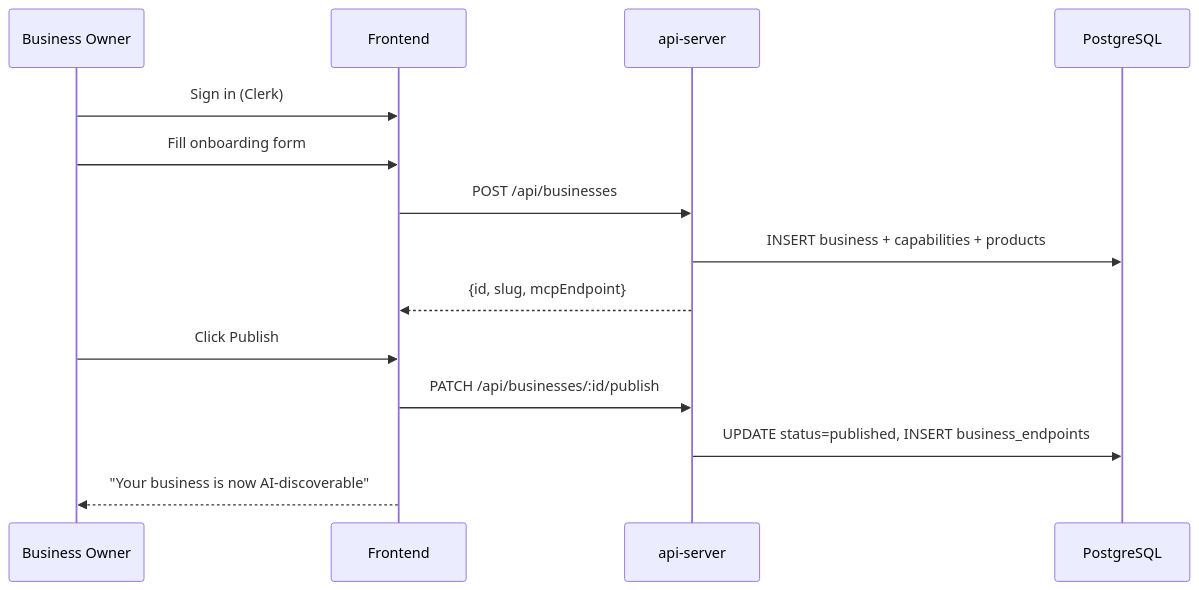
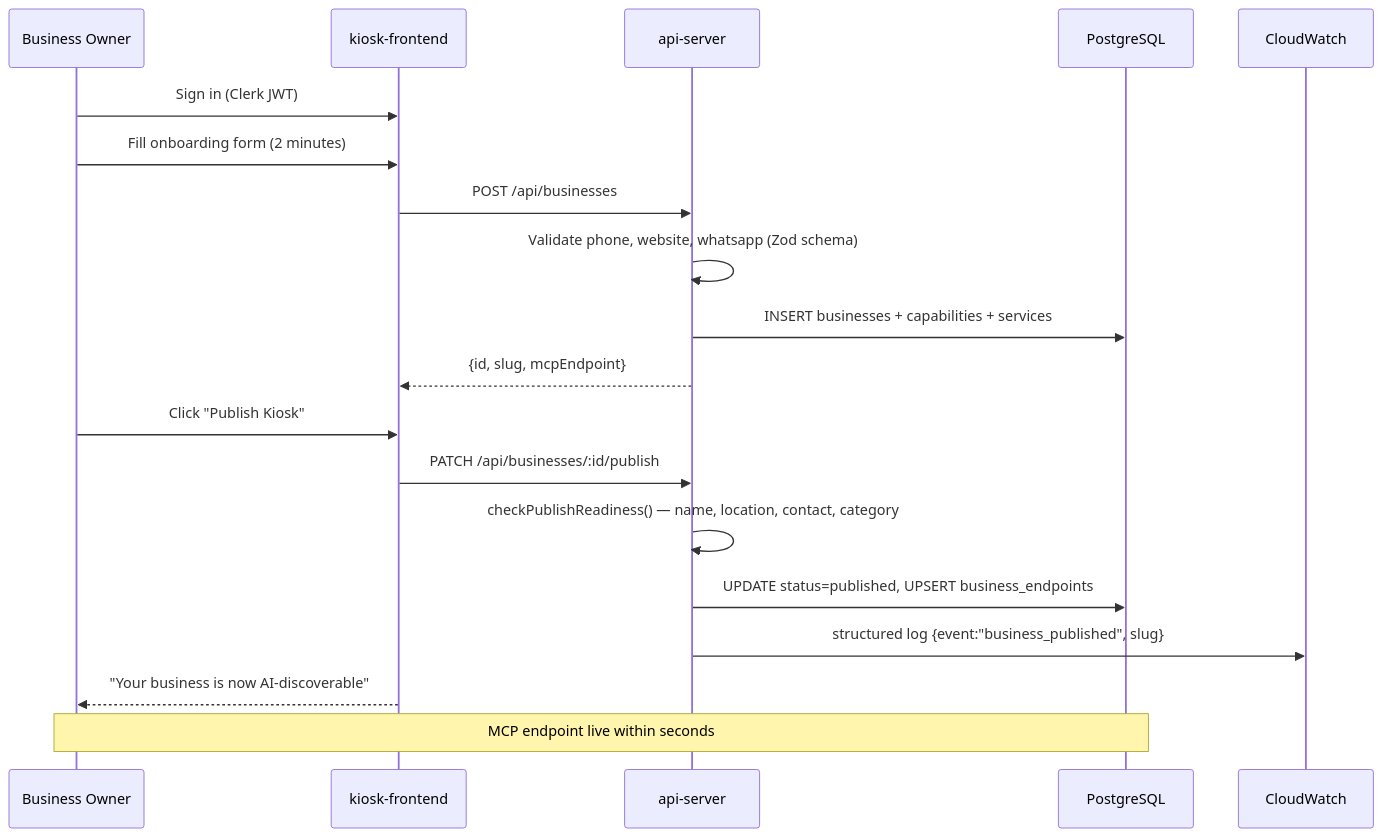
The fifth of 8 diagrams in docs/architecture.md (De-real-iManuel/Kiosk-mcp), drawn with Mermaid before and after one commit. The commit also changed other lines of this file and 5 other files, not shown here.

````diff
--- a/docs/architecture.md
+++ b/docs/architecture.md
@@ -87,17 +160,23 @@
 ```mermaid
 sequenceDiagram
     participant BO as Business Owner
-    participant FE as Frontend
+    participant FE as kiosk-frontend
     participant API as api-server
     participant DB as PostgreSQL
+    participant CW as CloudWatch
 
-    BO->>FE: Sign in (Clerk)
-    BO->>FE: Fill onboarding form
+    BO->>FE: Sign in (Clerk JWT)
+    BO->>FE: Fill onboarding form (2 minutes)
     FE->>API: POST /api/businesses
-    API->>DB: INSERT business + capabilities + products
+    API->>API: Validate phone, website, whatsapp (Zod schema)
+    API->>DB: INSERT businesses + capabilities + services
     API-->>FE: {id, slug, mcpEndpoint}
-    BO->>FE: Click Publish
+
+    BO->>FE: Click "Publish Kiosk"
     FE->>API: PATCH /api/businesses/:id/publish
-    API->>DB: UPDATE status=published, INSERT business_endpoints
+    API->>API: checkPublishReadiness() — name, location, contact, category
+    API->>DB: UPDATE status=published, UPSERT business_endpoints
+    API->>CW: structured log {event:"business_published", slug}
     FE-->>BO: "Your business is now AI-discoverable"
+    Note over BO,DB: MCP endpoint live within seconds
 ```
````
